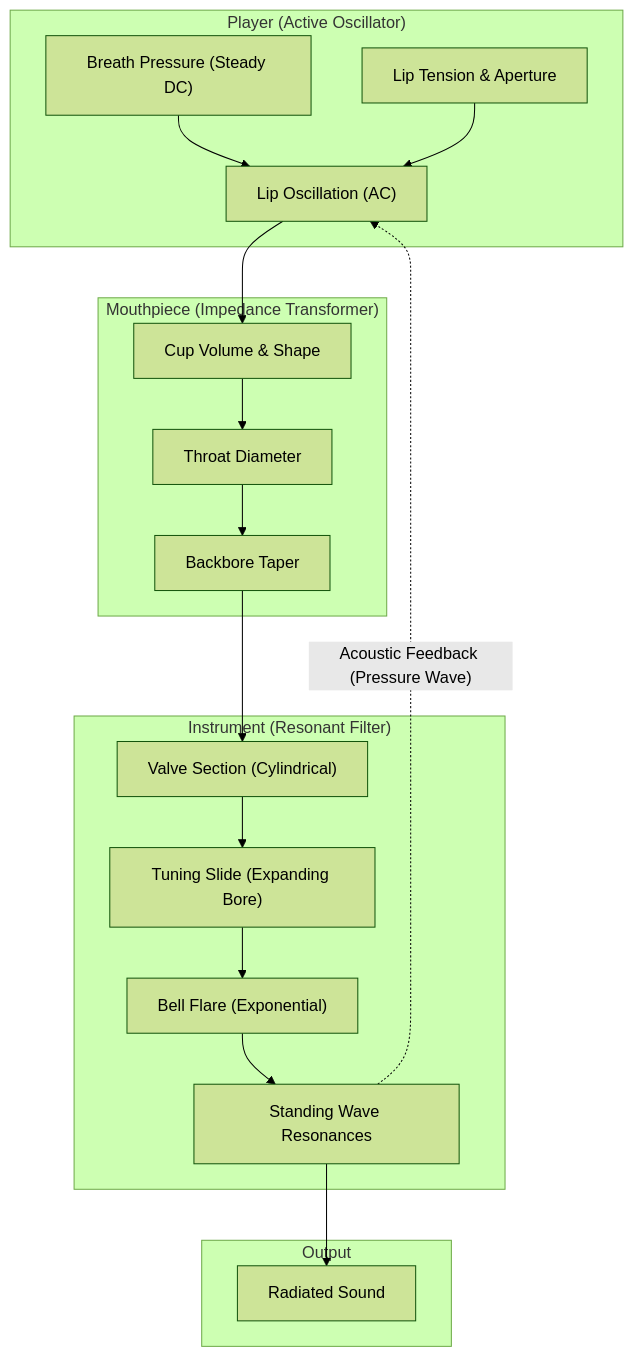
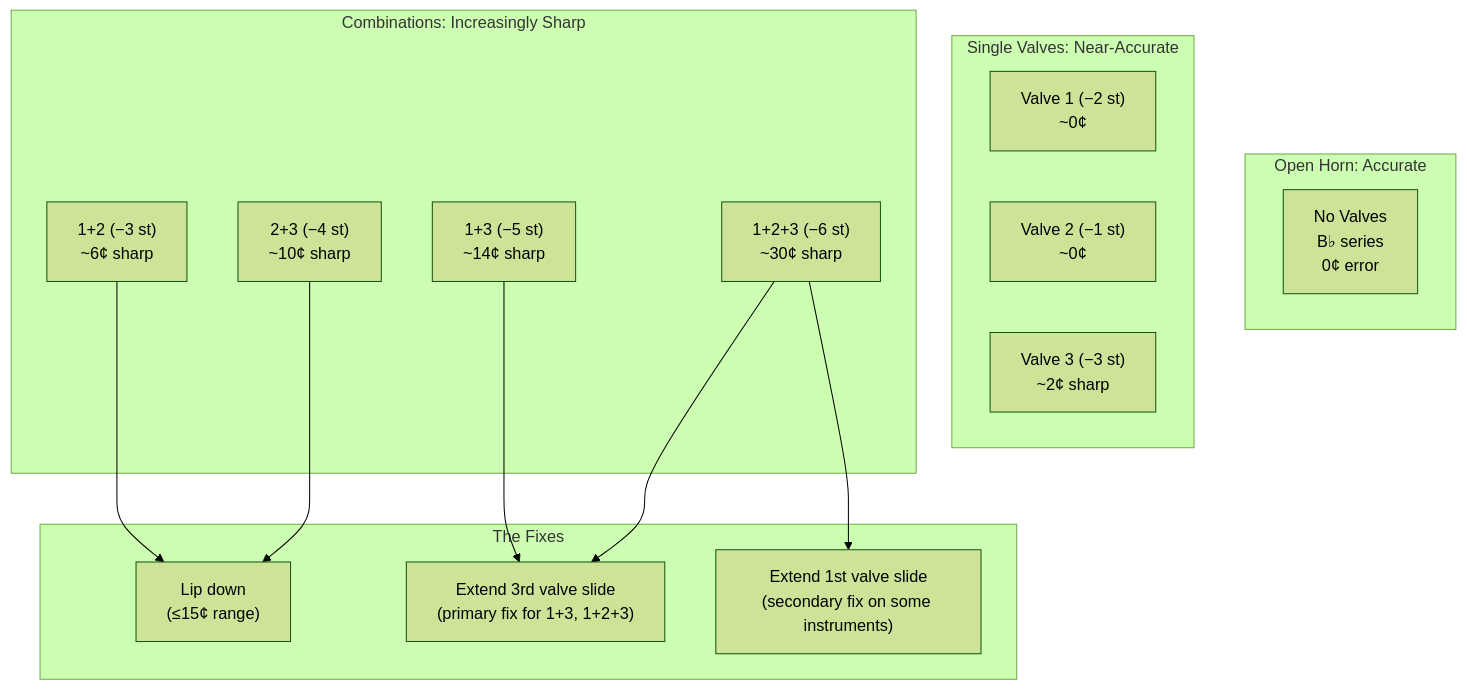
One commit to blebleblee/synapse changed the first of 4 diagrams in topics/arts/music_performance/brass/lesson_03_intonation_and_tuning.md. Above: the diagram before and after it, drawn with Mermaid (forest theme). The commit also changed other lines of this file and 4 other files, not shown here.

````diff
--- a/topics/arts/music_performance/brass/lesson_03_intonation_and_tuning.md
+++ b/topics/arts/music_performance/brass/lesson_03_intonation_and_tuning.md
@@ -100,37 +59,27 @@
 ```mermaid
-graph TB
-    subgraph sub_player__active_oscillator ["Player (Active Oscillator)"]
-        A["Breath Pressure (Steady DC)"]
-        B["Lip Tension & Aperture"]
-        C["Lip Oscillation (AC)"]
+graph TD
+    subgraph sub_open ["Open Horn: Accurate"]
+        A["No Valves\nB♭ series\n0¢ error"]
     end
-    
-    subgraph sub_mouthpiece__impedance_transforme ["Mouthpiece (Impedance Transformer)"]
-        D["Cup Volume & Shape"]
-        E["Throat Diameter"]
-        F["Backbore Taper"]
+    subgraph sub_single ["Single Valves: Near-Accurate"]
+        B["Valve 1 (−2 st)\n~0¢"]
+        C["Valve 2 (−1 st)\n~0¢"]
+        D["Valve 3 (−3 st)\n~2¢ sharp"]
     end
-    
-    subgraph sub_instrument__resonant_filter ["Instrument (Resonant Filter)"]
-        G["Valve Section (Cylindrical)"]
-        H["Tuning Slide (Expanding Bore)"]
-        I["Bell Flare (Exponential)"]
-        J["Standing Wave Resonances"]
+    subgraph sub_combos ["Combinations: Increasingly Sharp"]
+        E["1+2 (−3 st)\n~6¢ sharp"]
+        F["2+3 (−4 st)\n~10¢ sharp"]
+        G["1+3 (−5 st)\n~14¢ sharp"]
+        H["1+2+3 (−6 st)\n~30¢ sharp"]
     end
-    
-    subgraph sub_output ["Output"]
-        K["Radiated Sound"]
+    subgraph sub_fix ["The Fixes"]
+        I["Lip down\n(≤15¢ range)"]
+        J["Extend 3rd valve slide\n(primary fix for 1+3, 1+2+3)"]
+        K["Extend 1st valve slide\n(secondary fix on some instruments)"]
     end
-    
-    A --> C
-    B --> C
-    C --> D
-    D --> E
-    E --> F
-    F --> G
-    G --> H
-    H --> I
-    I --> J
-    J --> K
-    J -.->|"Acoustic Feedback (Pressure Wave)"| C
+    G --> J
+    H --> J
+    H --> K
+    E --> I
+    F --> I
 ```
````
